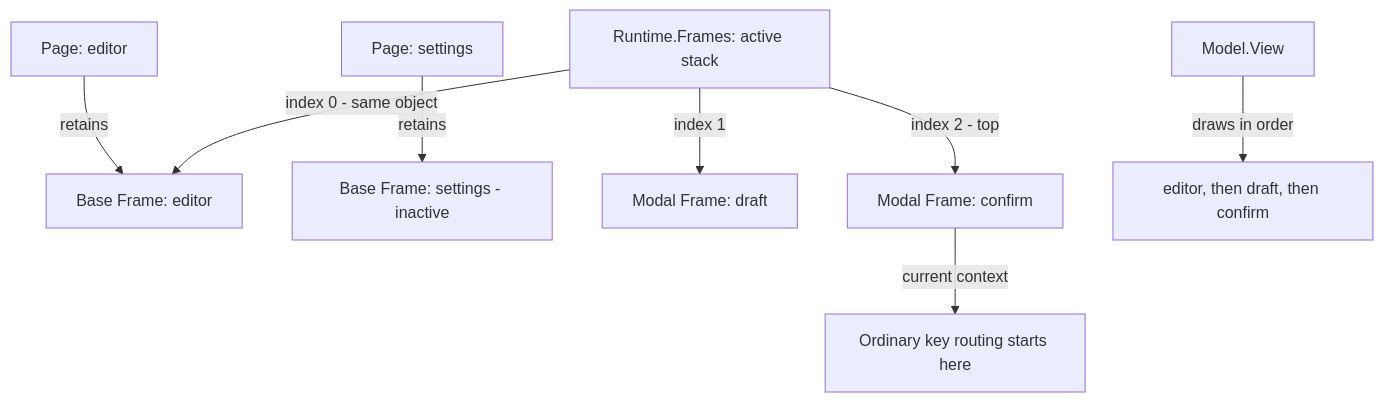
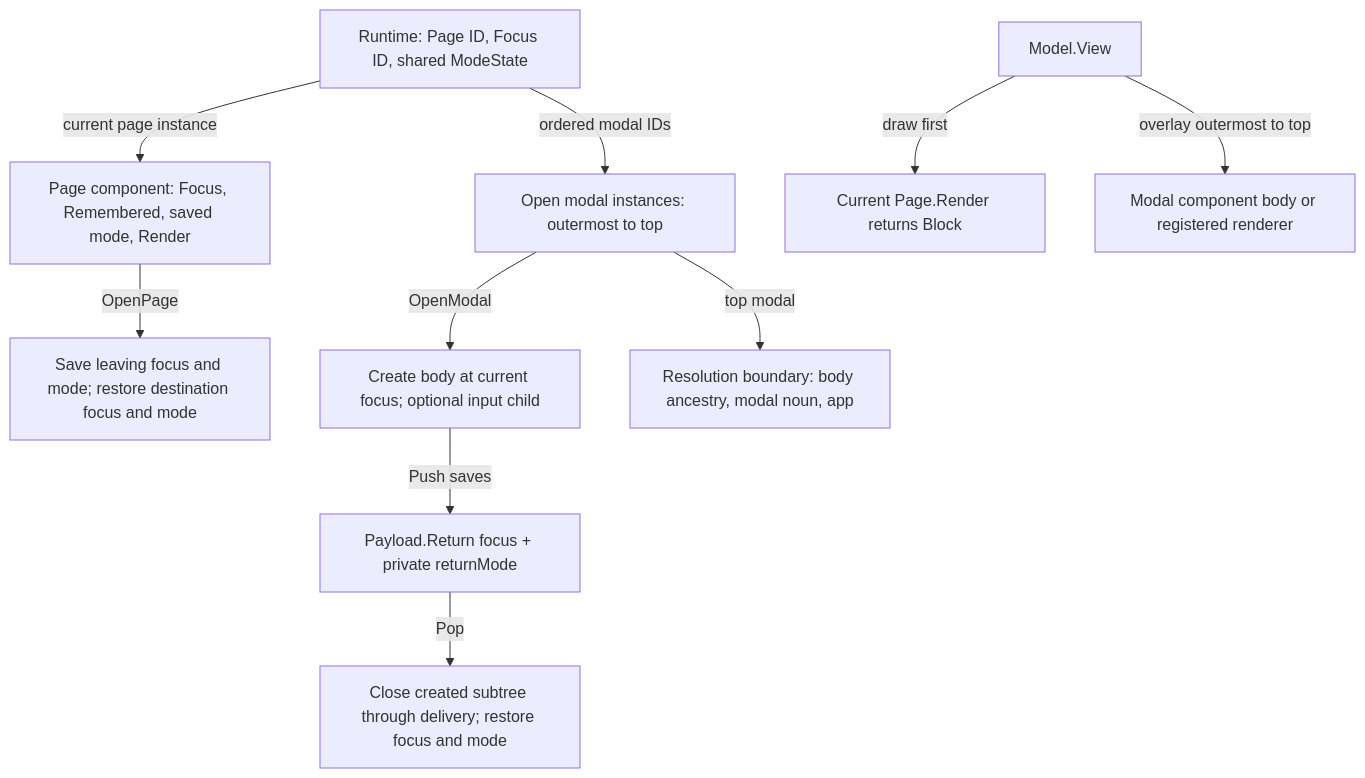
Before and after one commit to ofamtools/ochazuke: the diagram in docs/relationships/frames.mmd, drawn with Mermaid. The commit also changed 19 other files, not shown here.

First line of the commit message:
docs: refresh architecture maps and relationship exports

```diff
--- a/docs/relationships/frames.mmd
+++ b/docs/relationships/frames.mmd
@@ -1,8 +1,10 @@
 flowchart TD
-    P["Page: editor"] -->|retains| B["Base Frame: editor"]
-    Q["Page: settings"] -->|retains| U["Base Frame: settings - inactive"]
-    S["Runtime.Frames: active stack"] -->|index 0 - same object| B
-    S -->|index 1| D["Modal Frame: draft"]
-    S -->|index 2 - top| C["Modal Frame: confirm"]
-    C -->|current context| K["Ordinary key routing starts here"]
-    V["Model.View"] -->|draws in order| W["editor, then draft, then confirm"]
+    R["Runtime: Page ID, Focus ID, shared ModeState"] -->|current page instance| P["Page component: Focus, Remembered, saved mode, Render"]
+    R -->|ordered modal IDs| M["Open modal instances: outermost to top"]
+    P -->|OpenPage| S["Save leaving focus and mode; restore destination focus and mode"]
+    M -->|OpenModal| O["Create body at current focus; optional input child"]
+    O -->|Push saves| T["Payload.Return focus + private returnMode"]
+    T -->|Pop| C["Close created subtree through delivery; restore focus and mode"]
+    M -->|top modal| B["Resolution boundary: body ancestry, modal noun, app"]
+    V["Model.View"] -->|draw first| W["Current Page.Render returns Block"]
+    V -->|overlay outermost to top| U["Modal component body or registered renderer"]
```
